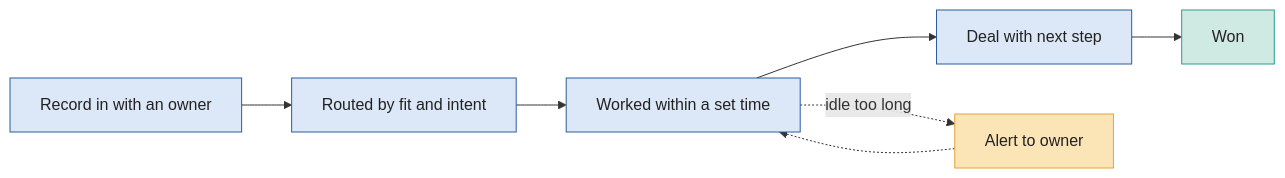
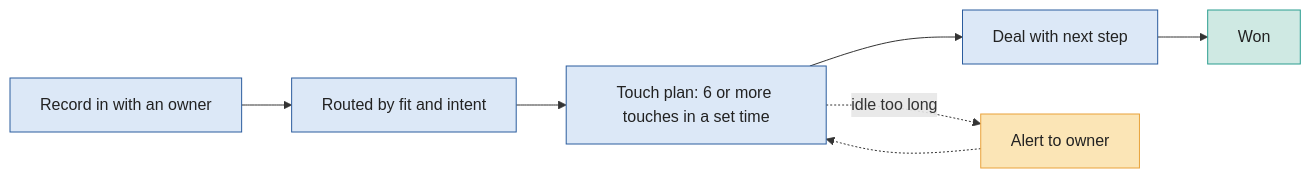
One commit to rbanola1/RevOps-Portfolio changed the second of 2 diagrams in 11-pipeline-health-analysis/diagrams/crm_factory.md. Above: the diagram before and after it, drawn with Mermaid. The commit also changed other lines of this file and 64 other files, not shown here.

````diff
--- a/11-pipeline-health-analysis/diagrams/crm_factory.md
+++ b/11-pipeline-health-analysis/diagrams/crm_factory.md
@@ -19,12 +21,12 @@
 ```mermaid
 flowchart LR
-    A["Record in with an owner"] --> R["Routed by fit and intent"] --> W["Worked within a set time"] --> D["Deal with next step"] --> X["Won"]
+    A["Record in with an owner"] --> R["Routed by fit and intent"] --> W["Touch plan: 6 or more touches in a set time"] --> D["Deal with next step"] --> X["Won"]
     W -.->|"idle too long"| AL["Alert to owner"]
     AL -.-> W
     classDef a fill:#DCE8F7,stroke:#2B5C9E,color:#222
     classDef g fill:#CFE9E3,stroke:#2A9D8F,color:#222
     classDef y fill:#FBE5B6,stroke:#E9A23B,color:#222
     class A,R,W,D a
     class X g
     class AL y
 ```
````
